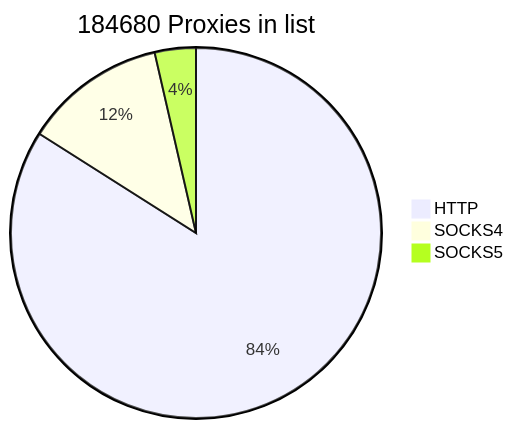
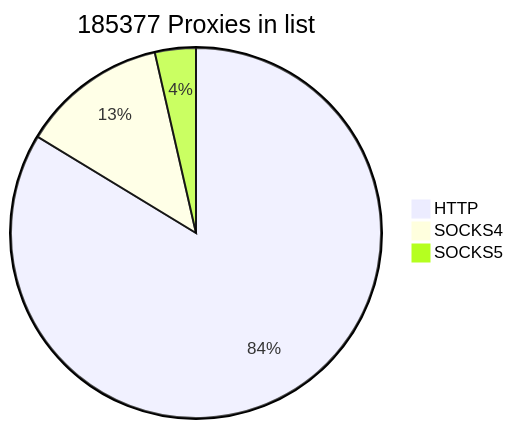
The first of 2 diagrams in README.md (cutipu/proxylist), drawn with Mermaid before and after one commit. The commit also changed other lines of this file, not shown here.

````diff
--- a/README.md
+++ b/README.md
@@ -2,7 +2,7 @@
 ```mermaid
-pie title 184680 Proxies in list
-    "HTTP" : 155111
-    "SOCKS4" : 22945
+pie title 185377 Proxies in list
+    "HTTP" : 155136
+    "SOCKS4" : 23617
     "SOCKS5" : 6624
             
 ```
````
